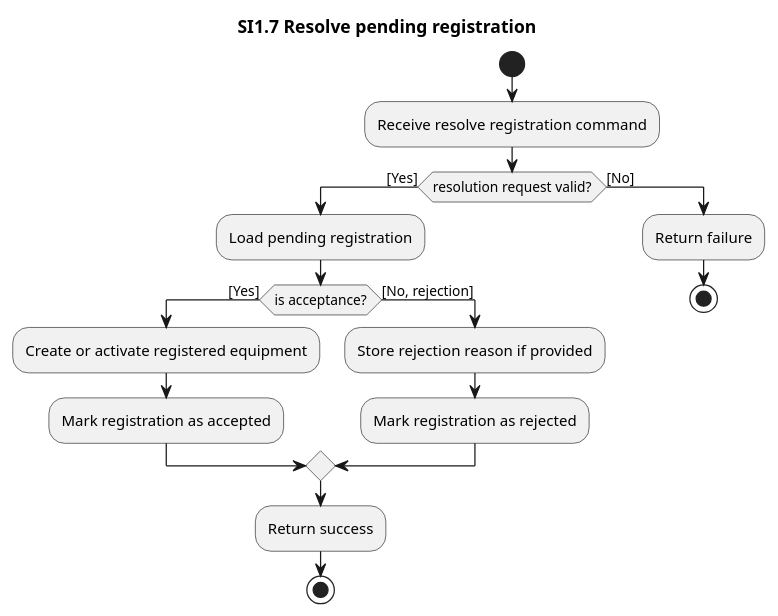
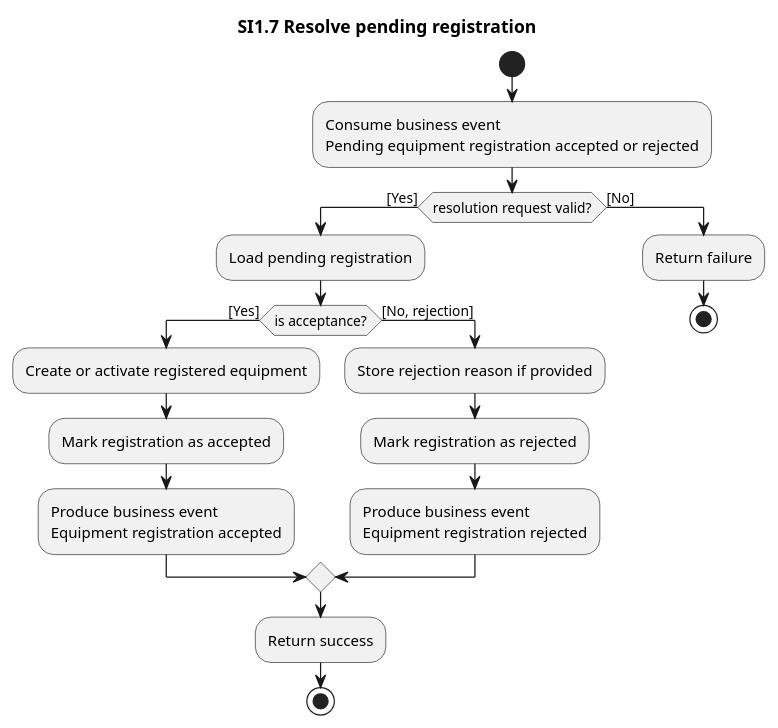
One commit to ottolote/fixme changed the diagram in docs/system-interactions/si1.7-resolve-pending-registration.pu. Above: the diagram before and after it, drawn with PlantUML. The commit also changed 33 other files, not shown here.

```diff
--- a/docs/system-interactions/si1.7-resolve-pending-registration.pu
+++ b/docs/system-interactions/si1.7-resolve-pending-registration.pu
@@ -1,23 +1,28 @@
 @startuml si1.7-resolve-pending-registration
 title SI1.7 Resolve pending registration
 
 start
-:Receive resolve registration command;
+:Consume business event
+Pending equipment registration accepted or rejected;
 
 if (resolution request valid?) then ([Yes])
   :Load pending registration;
   if (is acceptance?) then ([Yes])
     :Create or activate registered equipment;
     :Mark registration as accepted;
+    :Produce business event
+Equipment registration accepted;
   else ([No, rejection])
     :Store rejection reason if provided;
     :Mark registration as rejected;
+    :Produce business event
+Equipment registration rejected;
   endif
   :Return success;
   stop
 else ([No])
   :Return failure;
   stop
 endif
 
 @enduml
```
